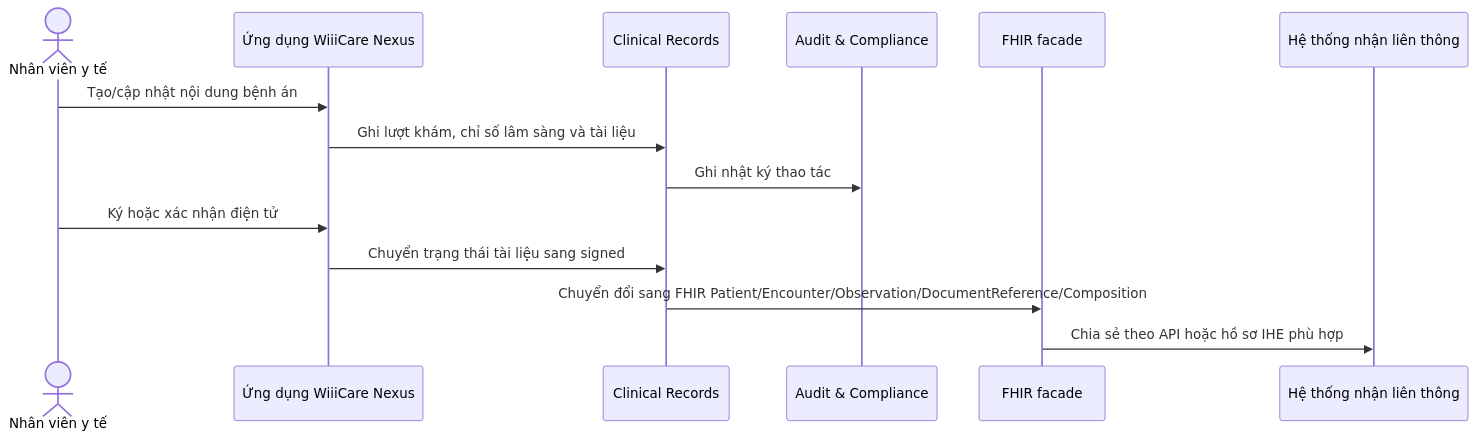
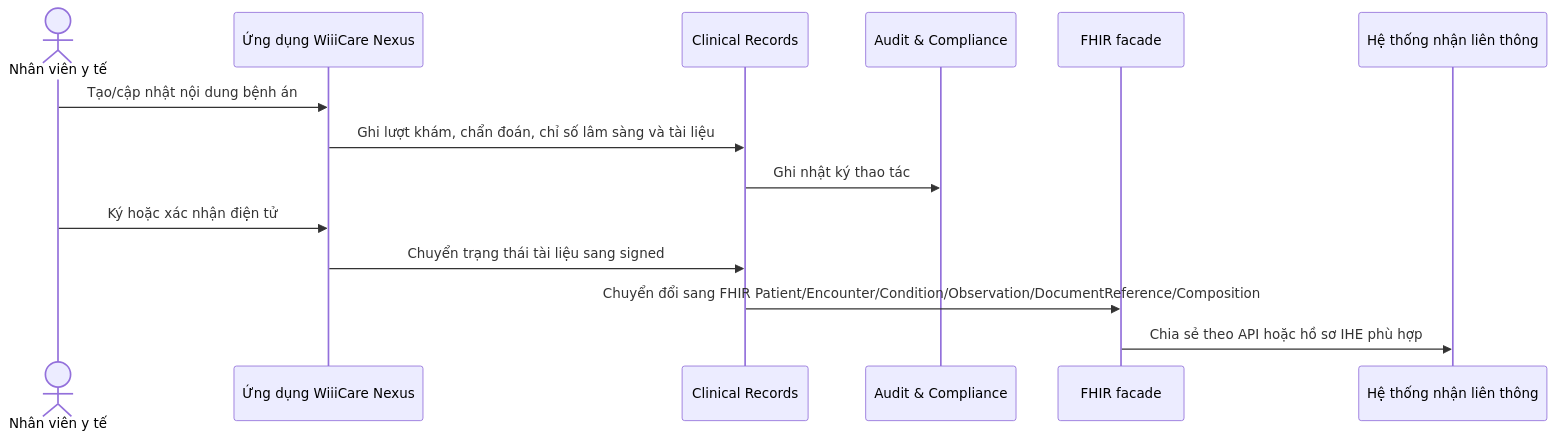
One commit to meiiie/benh_vien changed the second of 2 diagrams in docs/ARCHITECTURE.md. Above: the diagram before and after it, drawn with Mermaid. The commit also changed other lines of this file and 31 other files, not shown here.

````diff
--- a/docs/ARCHITECTURE.md
+++ b/docs/ARCHITECTURE.md
@@ -59,17 +59,17 @@
 ```mermaid
 sequenceDiagram
   actor User as Nhân viên y tế
   participant App as Ứng dụng WiiiCare Nexus
   participant EMR as Clinical Records
   participant Audit as Audit & Compliance
   participant FHIR as FHIR facade
   participant Partner as Hệ thống nhận liên thông
 
   User->>App: Tạo/cập nhật nội dung bệnh án
-  App->>EMR: Ghi lượt khám, chỉ số lâm sàng và tài liệu
+  App->>EMR: Ghi lượt khám, chẩn đoán, chỉ số lâm sàng và tài liệu
   EMR->>Audit: Ghi nhật ký thao tác
   User->>App: Ký hoặc xác nhận điện tử
   App->>EMR: Chuyển trạng thái tài liệu sang signed
-  EMR->>FHIR: Chuyển đổi sang FHIR Patient/Encounter/Observation/DocumentReference/Composition
+  EMR->>FHIR: Chuyển đổi sang FHIR Patient/Encounter/Condition/Observation/DocumentReference/Composition
   FHIR->>Partner: Chia sẻ theo API hoặc hồ sơ IHE phù hợp
 ```
````
